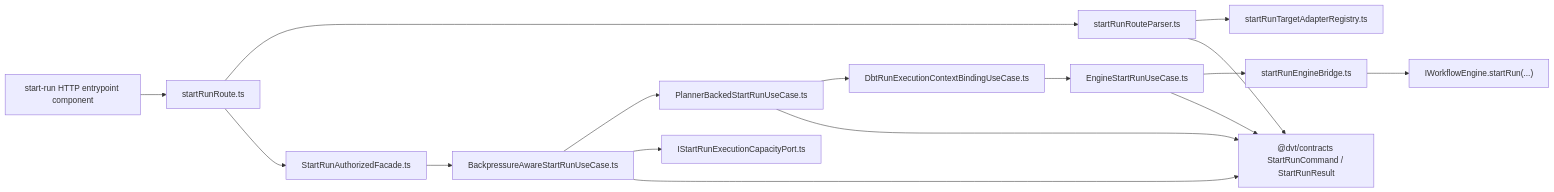
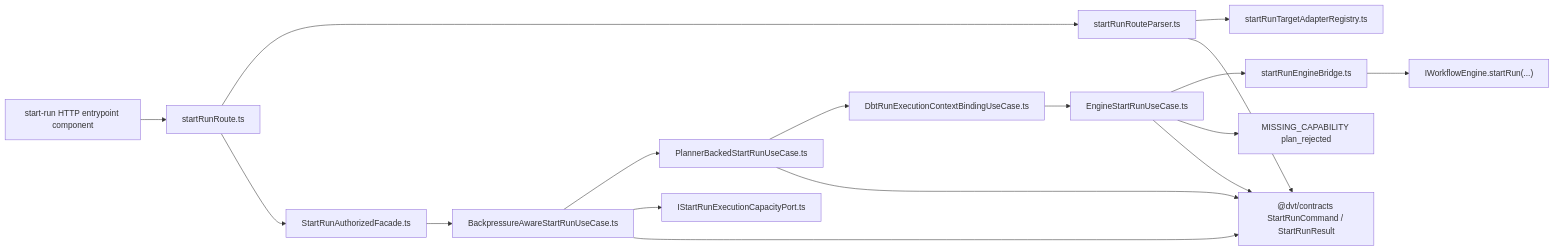
Before and after one commit to dunay2/dvt: the first of 2 diagrams in apps/api/docs/start-run-application-component.md, drawn with Mermaid. The commit also changed other lines of this file and 25 other files, not shown here.

````diff
--- a/apps/api/docs/start-run-application-component.md
+++ b/apps/api/docs/start-run-application-component.md
@@ -119,18 +122,19 @@
 ```mermaid
 flowchart LR
   Http["start-run HTTP entrypoint component"] --> Route["startRunRoute.ts"]
   Route --> Parser["startRunRouteParser.ts"]
   Parser --> Registry["startRunTargetAdapterRegistry.ts"]
   Route --> Facade["StartRunAuthorizedFacade.ts"]
   Facade --> Admission["BackpressureAwareStartRunUseCase.ts"]
   Admission --> Planner["PlannerBackedStartRunUseCase.ts"]
   Planner --> DbtBinding["DbtRunExecutionContextBindingUseCase.ts"]
   DbtBinding --> Engine["EngineStartRunUseCase.ts"]
   Engine --> Bridge["startRunEngineBridge.ts"]
+  Engine --> Capability["MISSING_CAPABILITY plan_rejected"]
   Admission --> Capacity["IStartRunExecutionCapacityPort.ts"]
   Bridge --> Workflow["IWorkflowEngine.startRun(...)"]
   Admission --> Contract["@dvt/contracts StartRunCommand / StartRunResult"]
   Planner --> Contract
   Engine --> Contract
   Parser --> Contract
 ```
````
